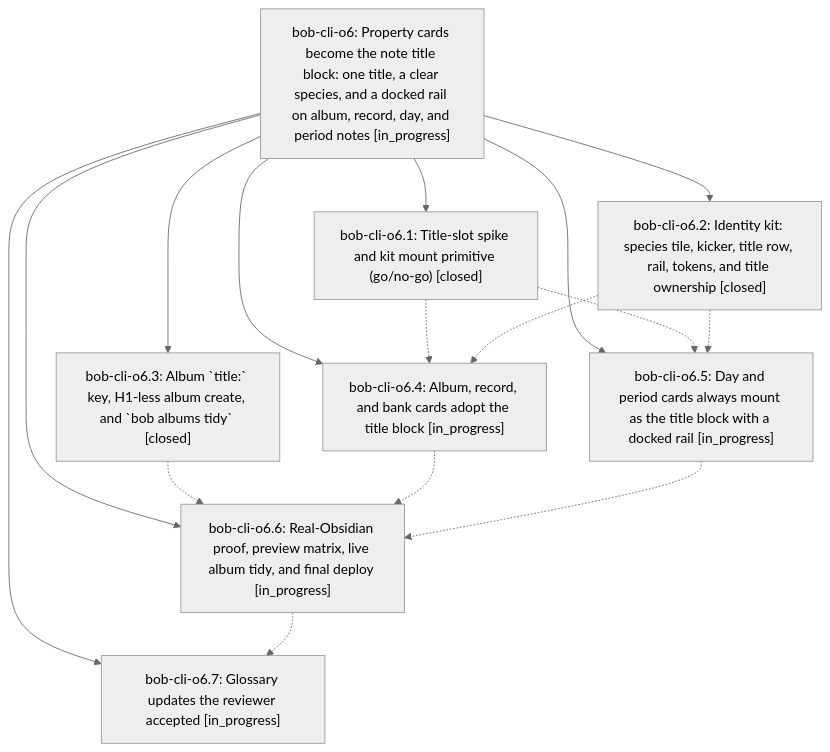
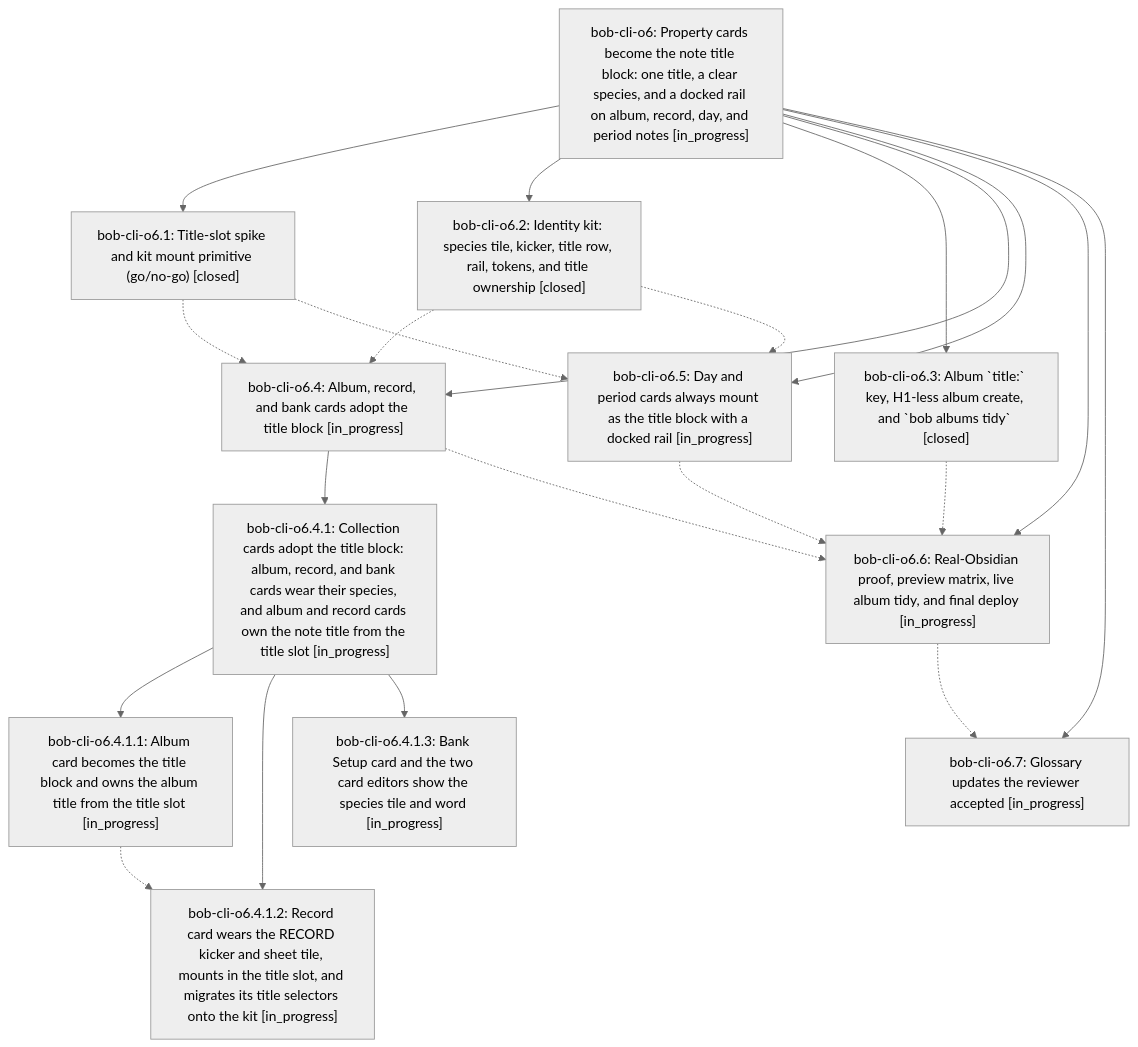
The diagram in pages/bob-cli-o6/README.md (bobs-org/bob-cli--beads), drawn with Mermaid (neutral theme) before and after one commit. The commit also changed other lines of this file and 7 other files, not shown here.

First line of the commit message:
chore(beads): sync bead state and pages for bob-cli-o6

````diff
--- a/pages/bob-cli-o6/README.md
+++ b/pages/bob-cli-o6/README.md
@@ -40,26 +44,35 @@
 ```mermaid
 flowchart TD
     n0["bob-cli-o6: Property cards become the note title block: one title, a clear species, and a docked rail on album, record, day, and period notes [in_progress]"]
     n1["bob-cli-o6.1: Title-slot spike and kit mount primitive (go/no-go) [closed]"]
     n2["bob-cli-o6.2: Identity kit: species tile, kicker, title row, rail, tokens, and title ownership [closed]"]
     n3["bob-cli-o6.3: Album `title:` key, H1-less album create, and `bob albums tidy` [closed]"]
     n4["bob-cli-o6.4: Album, record, and bank cards adopt the title block [in_progress]"]
-    n5["bob-cli-o6.5: Day and period cards always mount as the title block with a docked rail [in_progress]"]
-    n6["bob-cli-o6.6: Real-Obsidian proof, preview matrix, live album tidy, and final deploy [in_progress]"]
-    n7["bob-cli-o6.7: Glossary updates the reviewer accepted [in_progress]"]
+    n5["bob-cli-o6.4.1: Collection cards adopt the title block: album, record, and bank cards wear their species, and album and record cards own the note title from the title slot [in_progress]"]
+    n6["bob-cli-o6.4.1.1: Album card becomes the title block and owns the album title from the title slot [in_progress]"]
+    n7["bob-cli-o6.4.1.2: Record card wears the RECORD kicker and sheet tile, mounts in the title slot, and migrates its title selectors onto the kit [in_progress]"]
+    n8["bob-cli-o6.4.1.3: Bank Setup card and the two card editors show the species tile and word [in_progress]"]
+    n9["bob-cli-o6.5: Day and period cards always mount as the title block with a docked rail [in_progress]"]
+    n10["bob-cli-o6.6: Real-Obsidian proof, preview matrix, live album tidy, and final deploy [in_progress]"]
+    n11["bob-cli-o6.7: Glossary updates the reviewer accepted [in_progress]"]
     n0 --> n1
     n0 --> n2
     n0 --> n3
     n0 --> n4
-    n0 --> n5
-    n0 --> n6
-    n0 --> n7
+    n4 --> n5
+    n5 --> n6
+    n5 --> n7
+    n5 --> n8
+    n0 --> n9
+    n0 --> n10
+    n0 --> n11
     n1 -.-> n4
-    n1 -.-> n5
+    n1 -.-> n9
     n2 -.-> n4
-    n2 -.-> n5
-    n3 -.-> n6
-    n4 -.-> n6
-    n5 -.-> n6
+    n2 -.-> n9
+    n3 -.-> n10
+    n4 -.-> n10
     n6 -.-> n7
+    n9 -.-> n10
+    n10 -.-> n11
 ```
````
